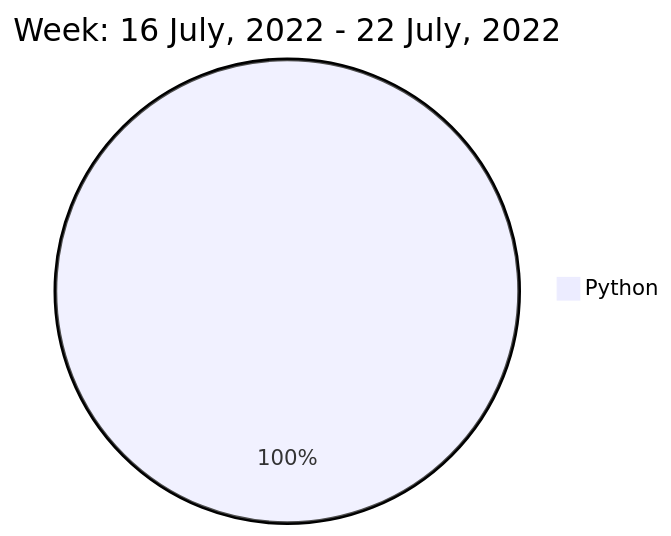
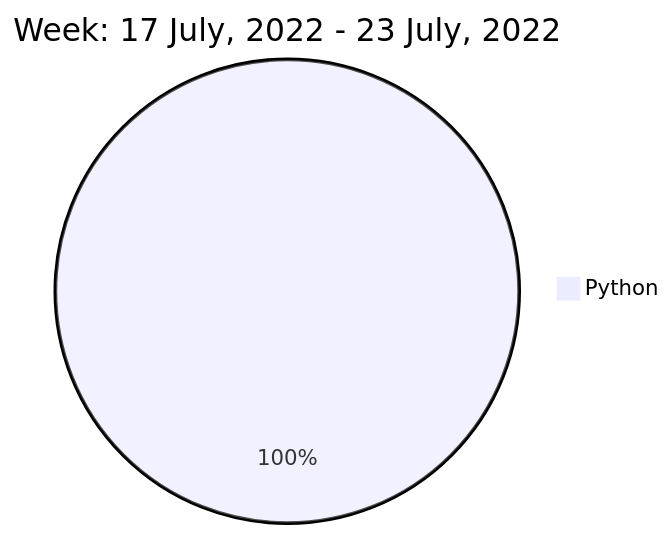
The diagram in README.md (liubin95/liubin95), drawn with Mermaid before and after one commit.

Commit message:
Updated the Graph with new Metrics

````diff
--- a/README.md
+++ b/README.md
@@ -40,5 +40,5 @@
 ```mermaid
  pie
-title Week: 16 July, 2022 - 22 July, 2022
+title Week: 17 July, 2022 - 23 July, 2022
  "Python" : 2.57
 ```
````
